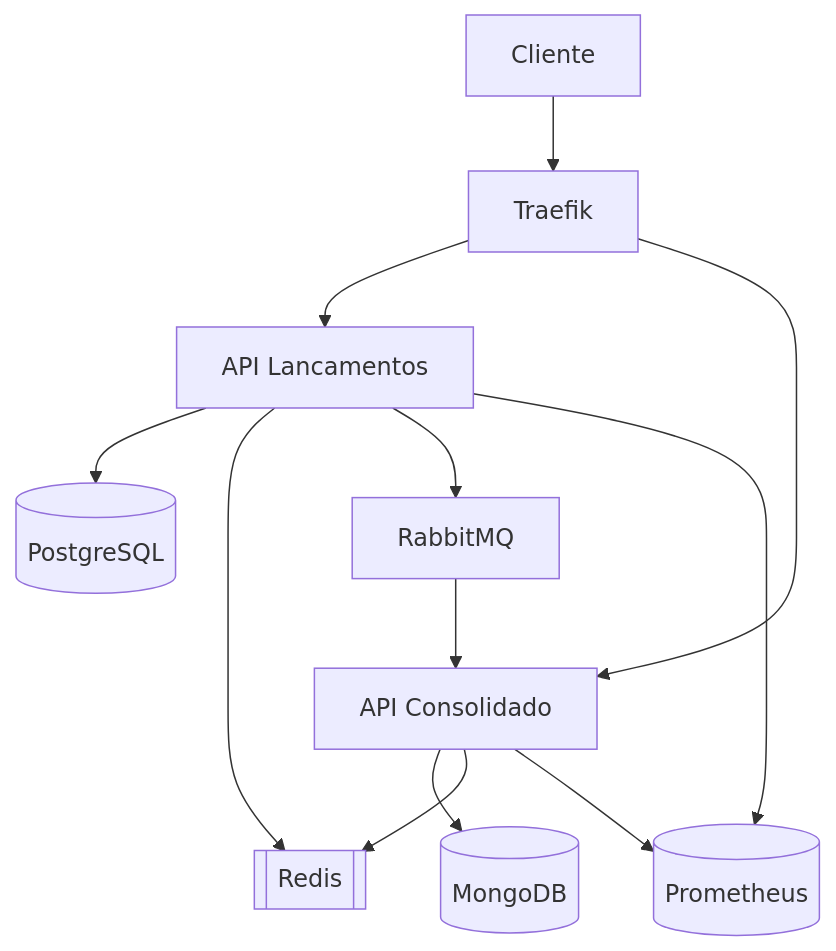
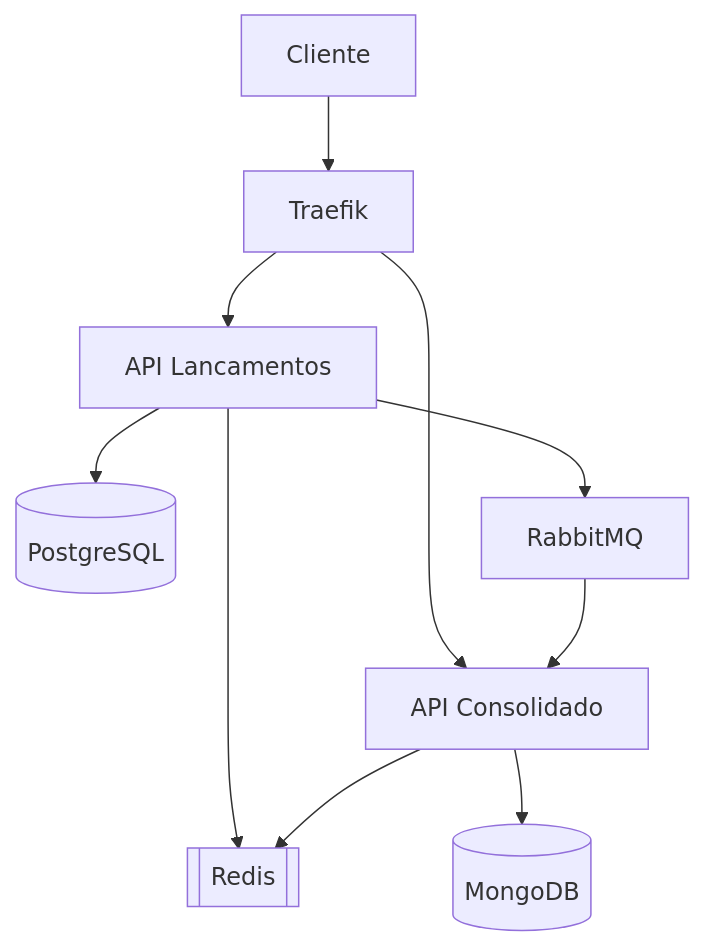
The diagram in readme.md (mauropjjr/fluxo-caixa), drawn with Mermaid before and after one commit.

````diff
--- a/readme.md
+++ b/readme.md
@@ -86,14 +86,13 @@
 ```mermaid
 graph TD
     A[Cliente] --> B[Traefik]
     B --> C[API Lancamentos]
     B --> D[API Consolidado]
     C --> E[(PostgreSQL)]
     C --> F[[Redis]]
     C --> G[RabbitMQ]
     D --> H[(MongoDB)]
     D --> F
     G --> D
-    C --> I[(Prometheus)]
-    D --> I
+  
 ```
````
